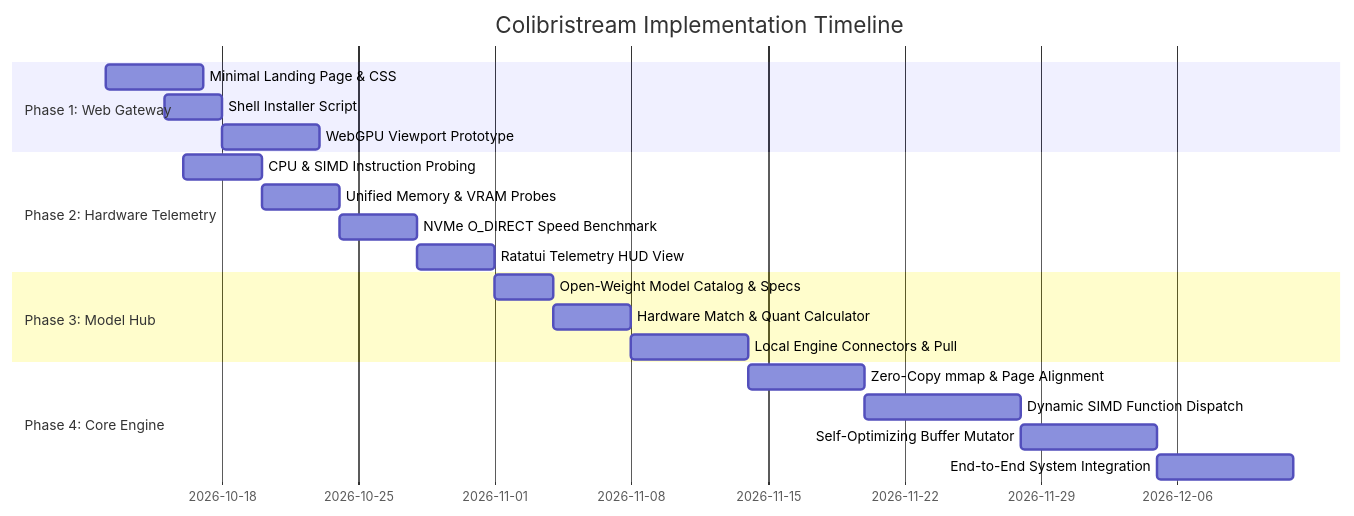
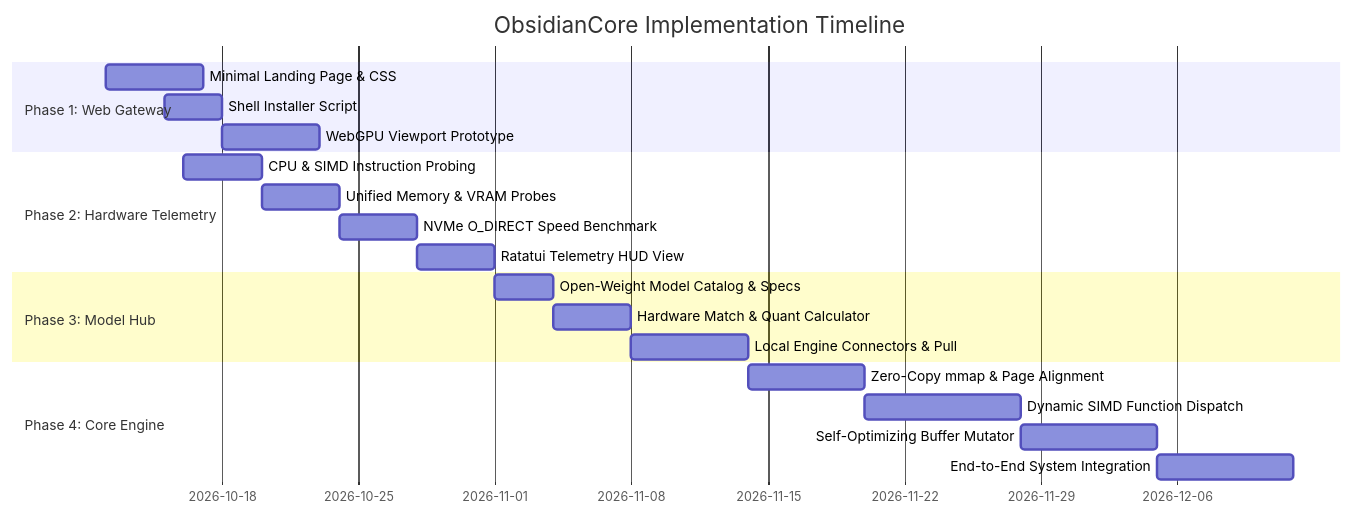
Before and after one commit to joinvilloic57-arch/ColibriStream: the fifth of 5 diagrams in README.md, drawn with Mermaid. The commit also changed other lines of this file and 20 other files, not shown here.

Commit message:
feat(rebrand): ObsidianCore rebranding, Gemini/Copilot-style interactive TUI, and dual swarm response cards

````diff
--- a/README.md
+++ b/README.md
@@ -416,23 +416,23 @@
 ```mermaid
 gantt
-    title Colibristream Implementation Timeline
+    title ObsidianCore Implementation Timeline
     dateFormat  YYYY-MM-DD
     section Phase 1: Web Gateway
     Minimal Landing Page & CSS         :2026-10-12, 5d
     Shell Installer Script             :2026-10-15, 3d
     WebGPU Viewport Prototype          :2026-10-18, 5d
     section Phase 2: Hardware Telemetry
     CPU & SIMD Instruction Probing     :2026-10-16, 4d
     Unified Memory & VRAM Probes       :2026-10-20, 4d
     NVMe O_DIRECT Speed Benchmark      :2026-10-24, 4d
     Ratatui Telemetry HUD View         :2026-10-28, 4d
     section Phase 3: Model Hub
     Open-Weight Model Catalog & Specs  :2026-11-01, 3d
     Hardware Match & Quant Calculator  :2026-11-04, 4d
     Local Engine Connectors & Pull     :2026-11-08, 6d
     section Phase 4: Core Engine
     Zero-Copy mmap & Page Alignment    :2026-11-14, 6d
     Dynamic SIMD Function Dispatch     :2026-11-20, 8d
     Self-Optimizing Buffer Mutator     :2026-11-28, 7d
     End-to-End System Integration      :2026-12-05, 7d
 ```
````
